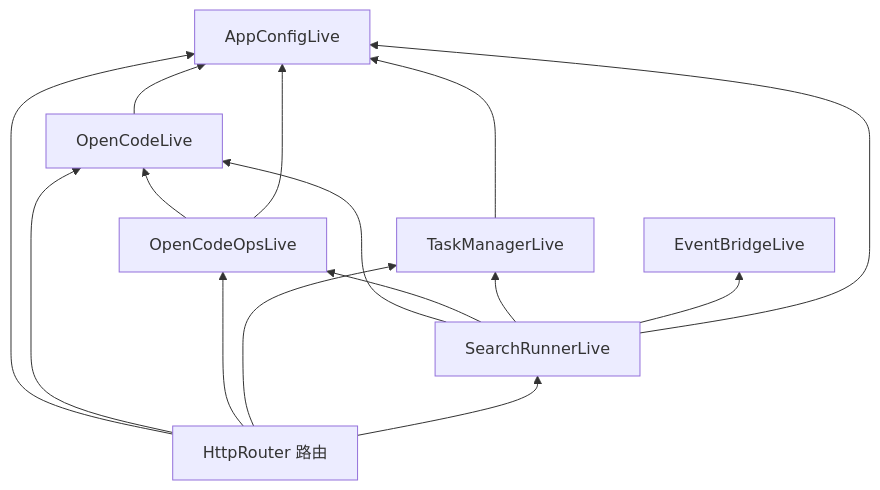
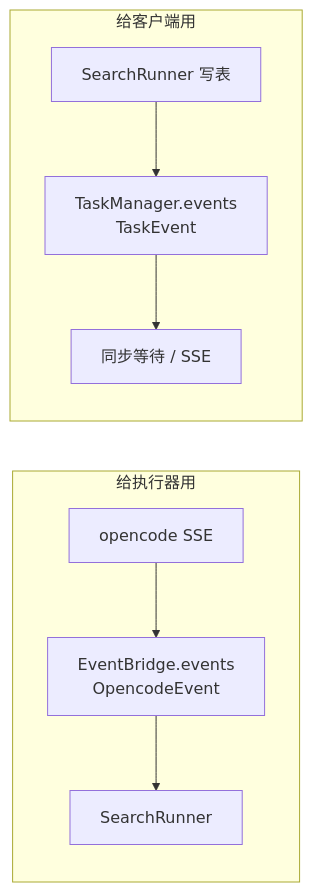
The third of 4 diagrams in docs/architecture.md (Cn-Asukai/search-agent), drawn with Mermaid before and after one commit. The commit also changed other lines of this file, not shown here.

First line of the commit message:
Rewrite architecture docs around roles and the two event buses.

````diff
--- a/docs/architecture.md
+++ b/docs/architecture.md
@@ -130,26 +53,11 @@
 ```mermaid
-flowchart BT
-  AppConfig["AppConfigLive"]
-  OpenCode["OpenCodeLive"]
-  OpenCodeOps["OpenCodeOpsLive"]
-  TaskManager["TaskManagerLive"]
-  EventBridge["EventBridgeLive"]
-  SearchRunner["SearchRunnerLive"]
-  Routes["HttpRouter 路由"]
-
-  OpenCode --> AppConfig
-  OpenCodeOps --> OpenCode
-  OpenCodeOps --> AppConfig
-  TaskManager --> AppConfig
-  SearchRunner --> OpenCode
-  SearchRunner --> OpenCodeOps
-  SearchRunner --> TaskManager
-  SearchRunner --> EventBridge
-  SearchRunner --> AppConfig
-
-  Routes --> AppConfig
-  Routes --> OpenCode
-  Routes --> OpenCodeOps
-  Routes --> TaskManager
-  Routes --> SearchRunner
+flowchart LR
+  subgraph 内部["给执行器用"]
+    O["opencode SSE"] --> EB["EventBridge.events<br/>OpencodeEvent"]
+    EB --> SR["SearchRunner"]
+  end
+  subgraph 对外["给客户端用"]
+    SR2["SearchRunner 写表"] --> TM["TaskManager.events<br/>TaskEvent"]
+    TM --> HTTP["同步等待 / SSE"]
+  end
 ```
````
